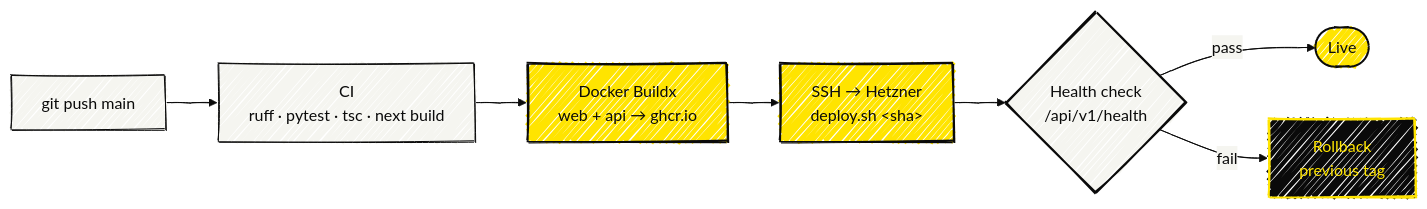
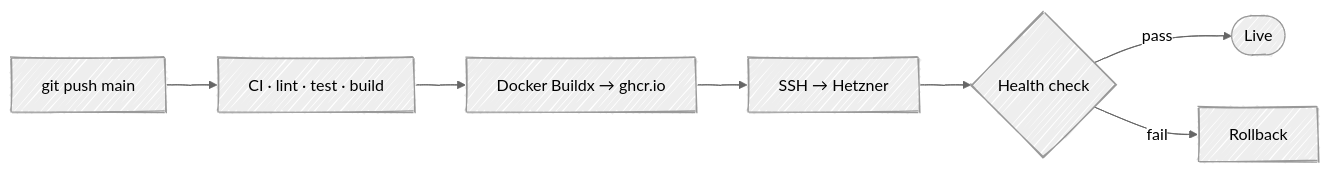
Before and after one commit to lukasgro63/hollerithengeryml: the third of 3 diagrams in docs/ARCHITECTURE.md, drawn with Mermaid. The commit also changed other lines of this file and 2 other files, not shown here.

First line of the commit message:
Simplify Mermaid diagrams to neutral handDrawn theme

````diff
--- a/docs/ARCHITECTURE.md
+++ b/docs/ARCHITECTURE.md
@@ -121,23 +114,15 @@
 ```mermaid
-%%{init: {'look': 'handDrawn', 'theme': 'base', 'themeVariables': {'primaryColor': '#FFE400', 'primaryTextColor': '#0a0a0a', 'primaryBorderColor': '#0a0a0a', 'lineColor': '#0a0a0a', 'secondaryColor': '#f5f5f0'}}}%%
+%%{init: {'look': 'handDrawn', 'theme': 'neutral'}}%%
 graph LR
-    push["git push main"]
-    ci["CI<br/>ruff · pytest · tsc · next build"]
-    build["Docker Buildx<br/>web + api → ghcr.io"]
-    deploy["SSH → Hetzner<br/>deploy.sh &lt;sha&gt;"]
-    health{"Health check<br/>/api/v1/health"}
-    ok(["Live"])
-    rollback["Rollback<br/>previous tag"]
+    push[git push main]
+    ci[CI · lint · test · build]
+    build[Docker Buildx → ghcr.io]
+    deploy[SSH → Hetzner]
+    health{Health check}
+    ok([Live])
+    rollback[Rollback]
 
     push --> ci --> build --> deploy --> health
-    health -->|pass| ok
-    health -->|fail| rollback
-
-    style push fill:#f5f5f0,stroke:#0a0a0a,stroke-width:1px
-    style ci fill:#f5f5f0,stroke:#0a0a0a,stroke-width:1px
-    style build fill:#FFE400,stroke:#0a0a0a,stroke-width:2px,color:#0a0a0a
-    style deploy fill:#FFE400,stroke:#0a0a0a,stroke-width:2px,color:#0a0a0a
-    style health fill:#f5f5f0,stroke:#0a0a0a,stroke-width:2px
-    style ok fill:#FFE400,stroke:#0a0a0a,stroke-width:2px,color:#0a0a0a
-    style rollback fill:#0a0a0a,stroke:#FFE400,stroke-width:2px,color:#FFE400
+    health -- pass --> ok
+    health -- fail --> rollback
 ```
````
